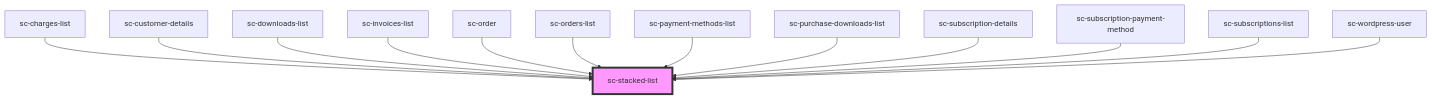
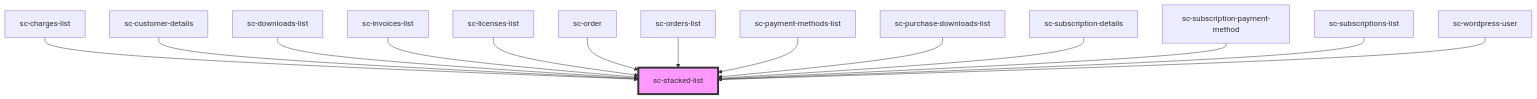
The diagram in packages/components/src/components/ui/stacked-list/readme.md (surecart/surecart-wp-plugin), drawn with Mermaid before and after one commit. The commit also changed other lines of this file and 17 other files, not shown here.

````diff
--- a/packages/components/src/components/ui/stacked-list/readme.md
+++ b/packages/components/src/components/ui/stacked-list/readme.md
@@ -26,16 +27,17 @@
 ```mermaid
 graph TD;
   sc-charges-list --> sc-stacked-list
   sc-customer-details --> sc-stacked-list
   sc-downloads-list --> sc-stacked-list
   sc-invoices-list --> sc-stacked-list
+  sc-licenses-list --> sc-stacked-list
   sc-order --> sc-stacked-list
   sc-orders-list --> sc-stacked-list
   sc-payment-methods-list --> sc-stacked-list
   sc-purchase-downloads-list --> sc-stacked-list
   sc-subscription-details --> sc-stacked-list
   sc-subscription-payment-method --> sc-stacked-list
   sc-subscriptions-list --> sc-stacked-list
   sc-wordpress-user --> sc-stacked-list
   style sc-stacked-list fill:#f9f,stroke:#333,stroke-width:4px
 ```
````
